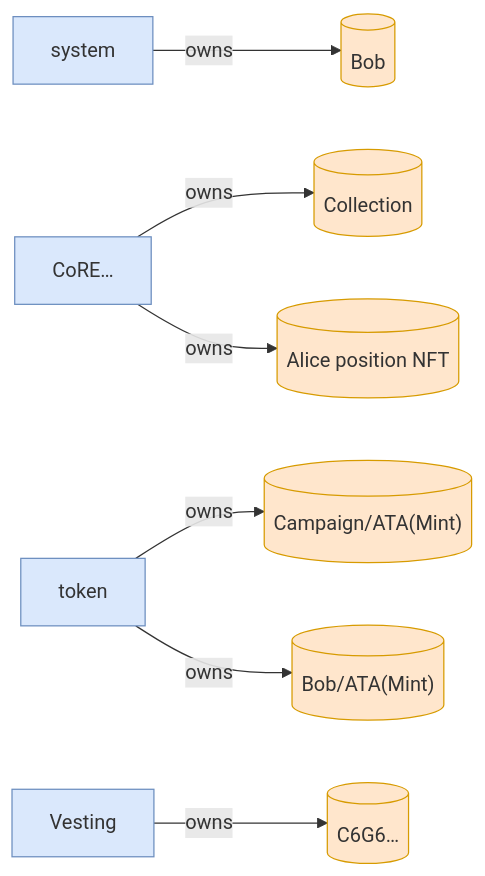
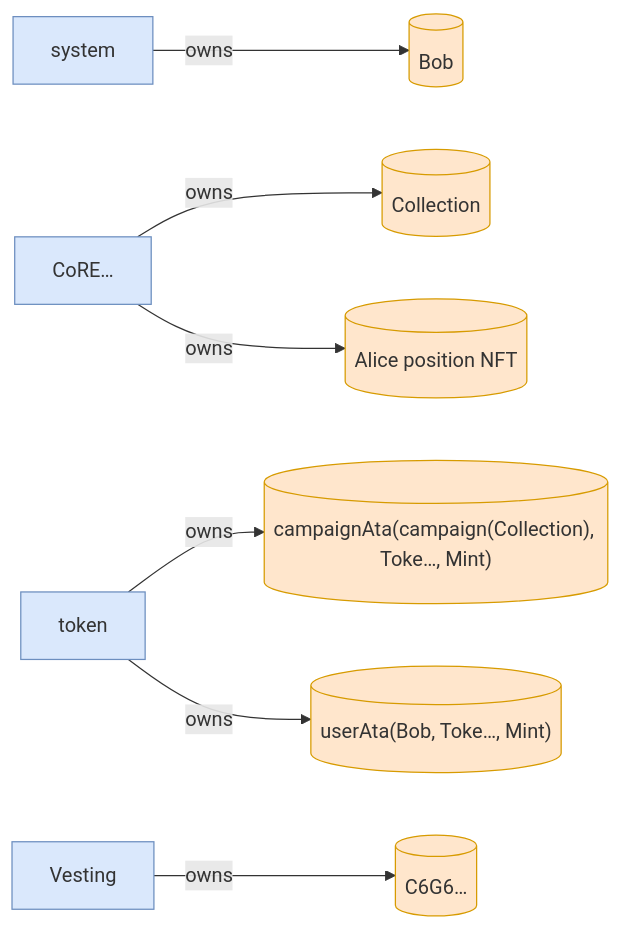
One commit to cds-turbin3/vesting-position changed diagram 24 of 36 in babelfish-tests/test-report/full_lifecycle.md. Above: the diagram before and after it, drawn with Mermaid. The commit also changed other lines of this file and 51 other files, not shown here.

````diff
--- a/babelfish-tests/test-report/full_lifecycle.md
+++ b/babelfish-tests/test-report/full_lifecycle.md
@@ -981,22 +934,22 @@
 ```mermaid
 flowchart LR
     system["system"]:::program
     Bob[("Bob")]:::state
     CoRE["CoRE…"]:::program
     Collection[("Collection")]:::state
     token["token"]:::program
-    CampaignATAMint[("Campaign/ATA(Mint)")]:::state
-    BobATAMint[("Bob/ATA(Mint)")]:::state
+    campaignAtacampaignCollectionTokeMint[("campaignAta(campaign(Collection), Toke…, Mint)")]:::state
+    userAtaBobTokeMint[("userAta(Bob, Toke…, Mint)")]:::state
     AlicepositionNFT[("Alice position NFT")]:::state
     Vesting["Vesting"]:::program
     C6G6[("C6G6…")]:::state
     system -->|owns| Bob
     CoRE -->|owns| Collection
-    token -->|owns| CampaignATAMint
-    token -->|owns| BobATAMint
+    token -->|owns| campaignAtacampaignCollectionTokeMint
+    token -->|owns| userAtaBobTokeMint
     CoRE -->|owns| AlicepositionNFT
     Vesting -->|owns| C6G6
     classDef program fill:#dae8fc,stroke:#6c8ebf;
     classDef signer fill:#d5e8d4,stroke:#82b366;
     classDef state fill:#ffe6cc,stroke:#d79b00;
 ```
````
